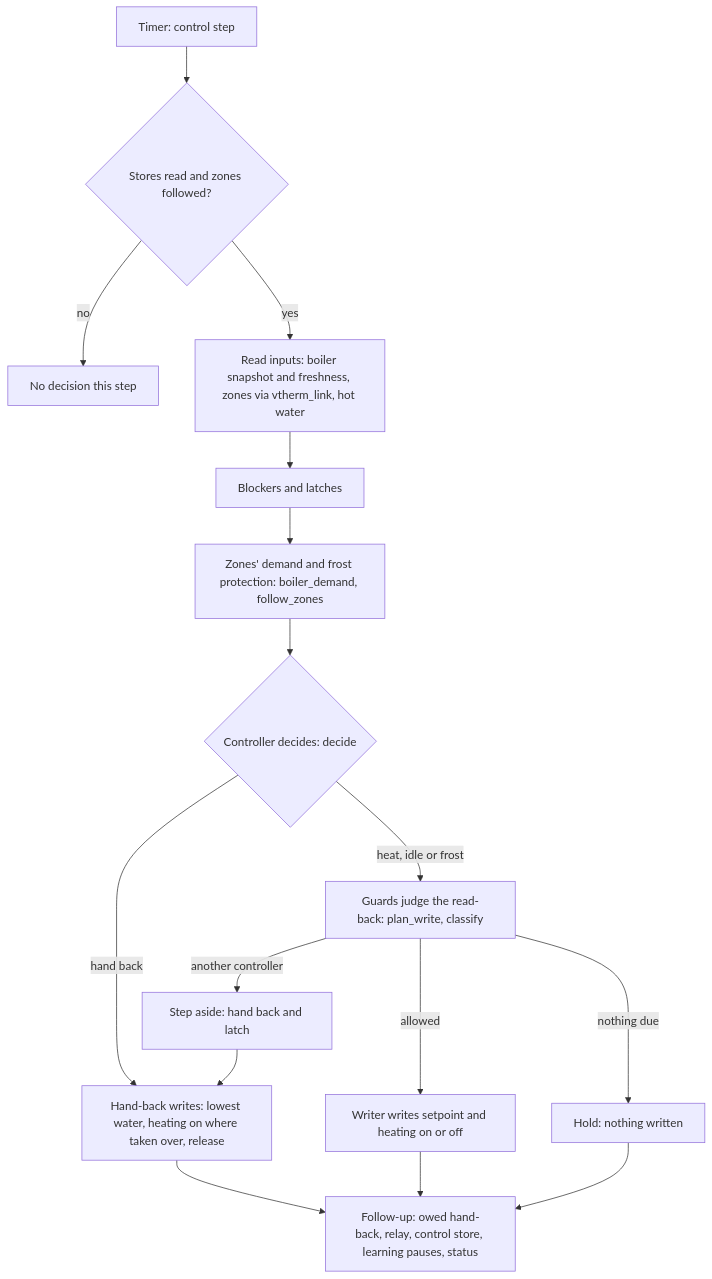
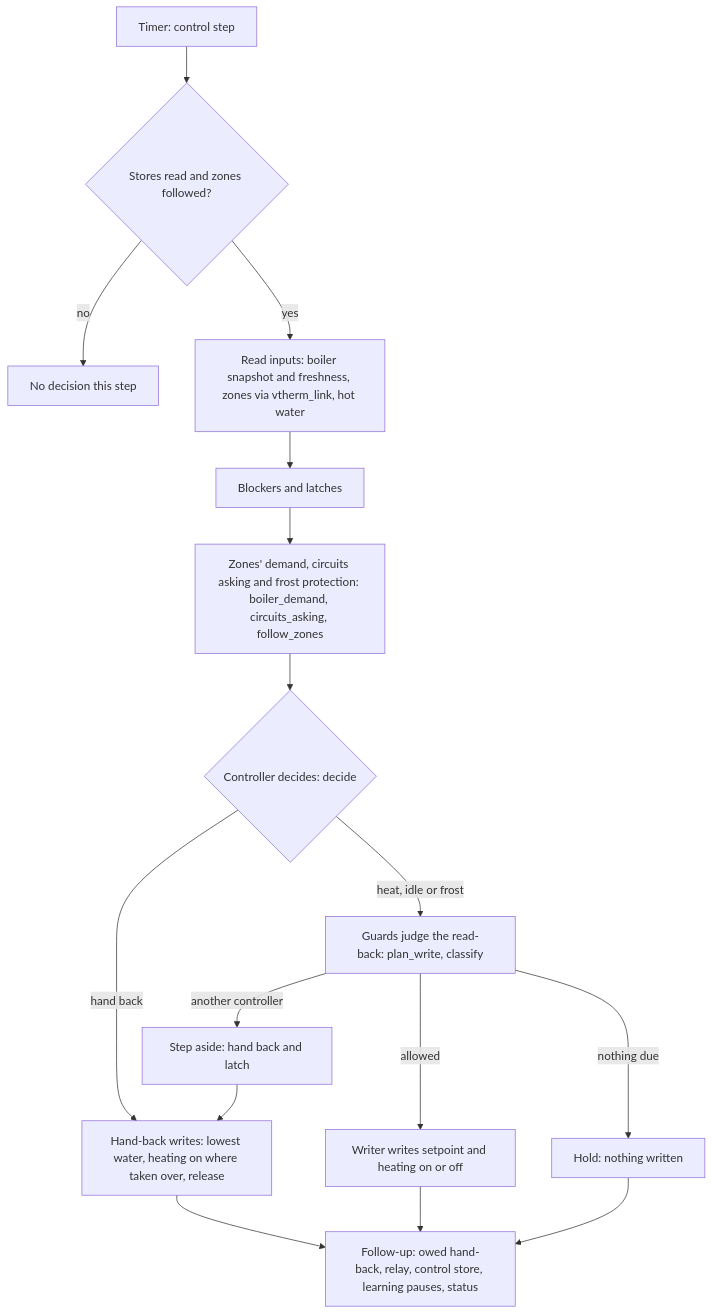
The diagram in documentation/en/technical.md (Shadow-230/vtherm-smart-boiler), drawn with Mermaid before and after one commit. The commit also changed other lines of this file and 24 other files, not shown here.

````diff
--- a/documentation/en/technical.md
+++ b/documentation/en/technical.md
@@ -137,18 +143,18 @@
 ```mermaid
 flowchart TD
     A[Timer: control step] --> B{Stores read and zones followed?}
     B -- no --> Z[No decision this step]
     B -- yes --> C[Read inputs: boiler snapshot and freshness, zones via vtherm_link, hot water]
     C --> D[Blockers and latches]
-    D --> E[Zones' demand and frost protection: boiler_demand, follow_zones]
+    D --> E[Zones' demand, circuits asking and frost protection: boiler_demand, circuits_asking, follow_zones]
     E --> F{Controller decides: decide}
     F -- hand back --> H[Hand-back writes: lowest water, heating on where taken over, release]
     F -- heat, idle or frost --> G[Guards judge the read-back: plan_write, classify]
     G -- another controller --> S[Step aside: hand back and latch]
     S --> H
     G -- allowed --> W[Writer writes setpoint and heating on or off]
     G -- nothing due --> K[Hold: nothing written]
     W --> F2[Follow-up: owed hand-back, relay, control store, learning pauses, status]
     K --> F2
     H --> F2
 ```
````
